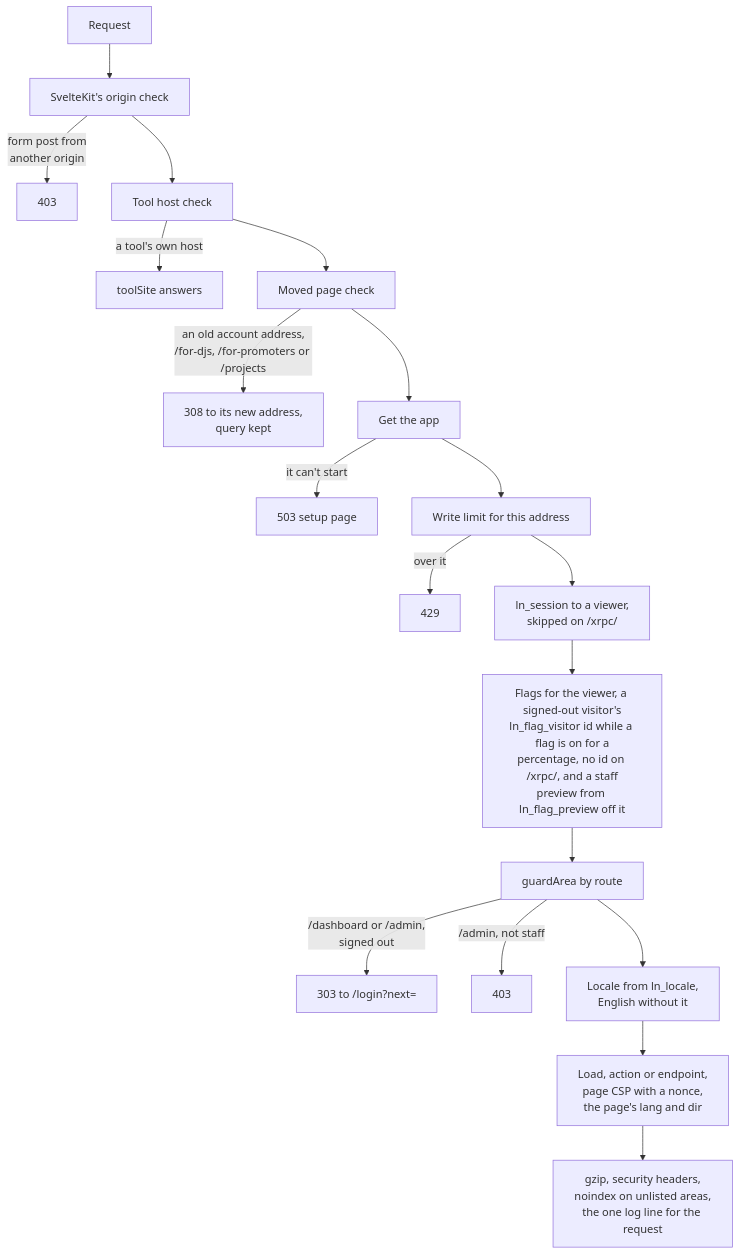
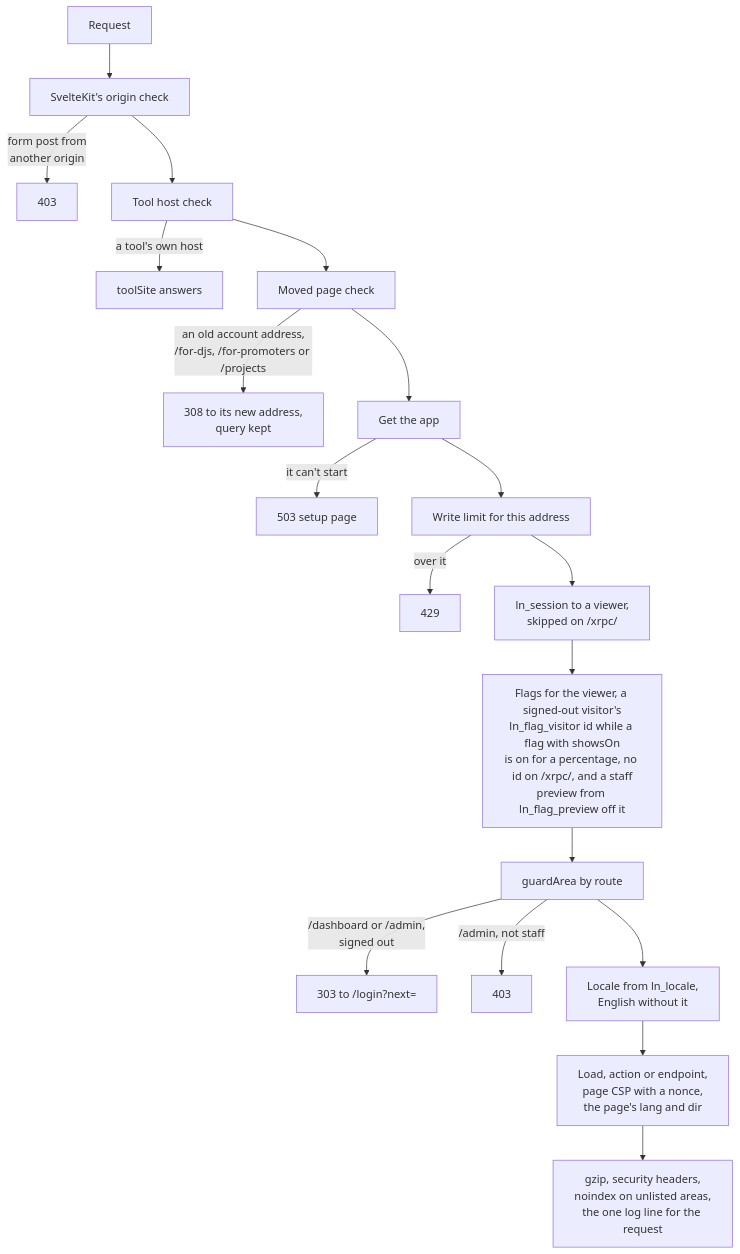
One commit to cutenode/localnetwork changed the first of 11 diagrams in apps/web/docs/diagrams/requests-and-routes.md. Above: the diagram before and after it, drawn with Mermaid. The commit also changed other lines of this file and 90 other files, not shown here.

````diff
--- a/apps/web/docs/diagrams/requests-and-routes.md
+++ b/apps/web/docs/diagrams/requests-and-routes.md
@@ -21,21 +21,21 @@
 ```mermaid
 flowchart TD
   In["Request"] --> Csrf["SvelteKit's origin check"]
   Csrf -- "form post from<br/>another origin" --> Blocked["403"]
   Csrf --> Tool["Tool host check"]
   Tool -- "a tool's own host" --> ToolSite["toolSite answers"]
   Tool --> Moved["Moved page check"]
   Moved -- "an old account address,<br/>/for-djs, /for-promoters or /projects" --> Redirect["308 to its new address,<br/>query kept"]
   Moved --> Load["Get the app"]
   Load -- "it can't start" --> Setup["503 setup page"]
   Load --> Limit["Write limit for this address"]
   Limit -- "over it" --> Slow["429"]
   Limit --> Session["ln_session to a viewer,<br/>skipped on /xrpc/"]
-  Session --> Flags["Flags for the viewer, a signed-out visitor's<br/>ln_flag_visitor id while a flag is on for a<br/>percentage, no id on /xrpc/, and a staff<br/>preview from ln_flag_preview off it"]
+  Session --> Flags["Flags for the viewer, a signed-out visitor's<br/>ln_flag_visitor id while a flag with showsOn<br/>is on for a percentage, no id on /xrpc/, and a staff<br/>preview from ln_flag_preview off it"]
   Flags --> Guard["guardArea by route"]
   Guard -- "/dashboard or /admin,<br/>signed out" --> Login["303 to /login?next="]
   Guard -- "/admin, not staff" --> Refused["403"]
   Guard --> Locale["Locale from ln_locale,<br/>English without it"]
   Locale --> Route["Load, action or endpoint,<br/>page CSP with a nonce,<br/>the page's lang and dir"]
   Route --> Out["gzip, security headers,<br/>noindex on unlisted areas,<br/>the one log line for the request"]
 ```
````
